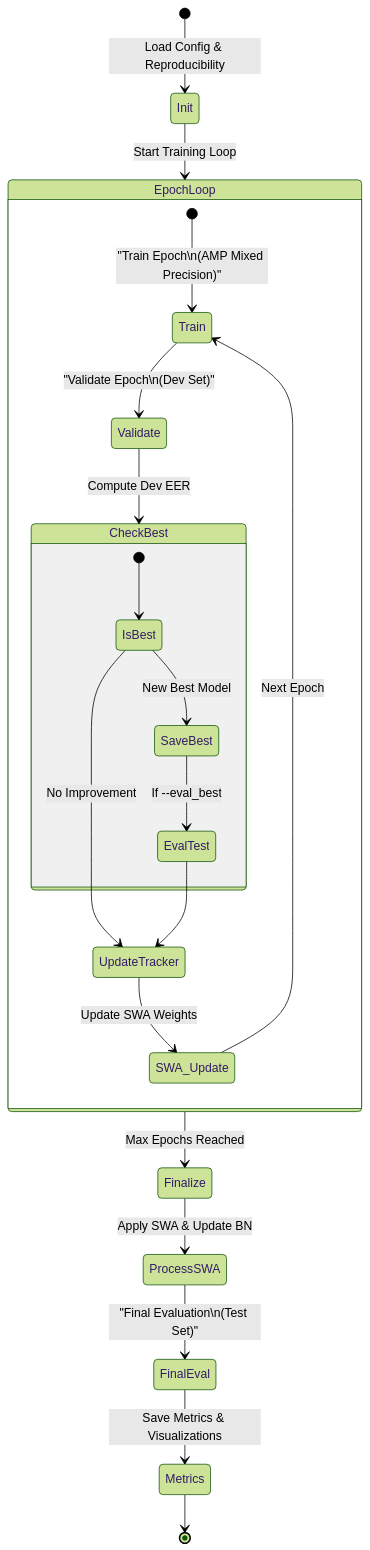
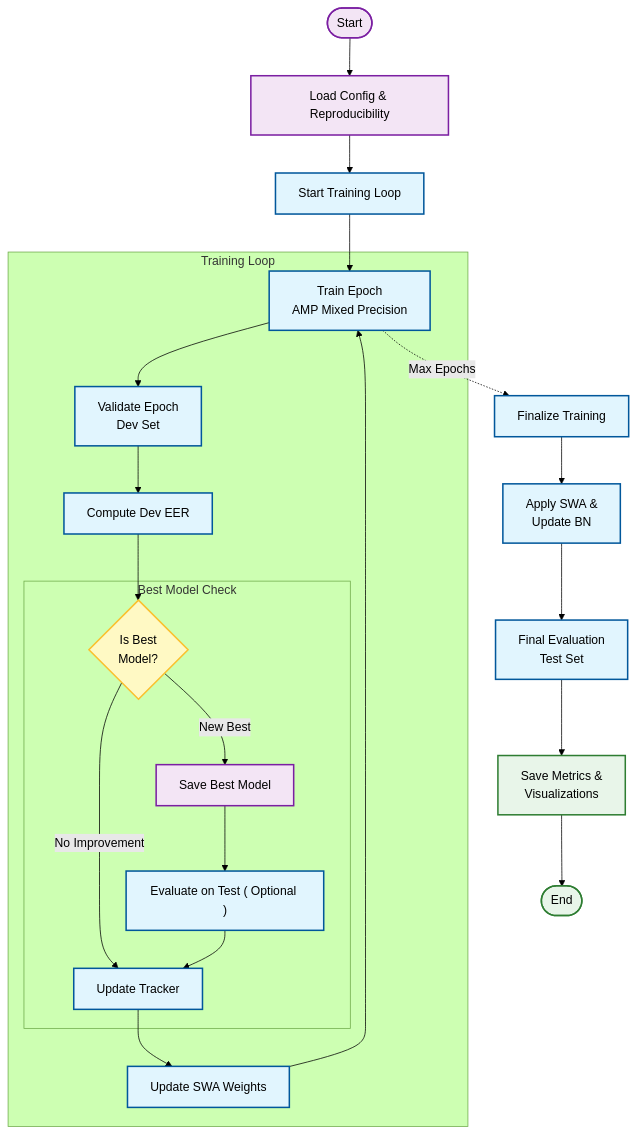
Before and after one commit to gkibria121/ai-voice-detector: the second of 4 diagrams in docs/methodology.md, drawn with Mermaid (forest theme). The commit also changed other lines of this file and 2 other files, not shown here.

Commit message:
refactor: Update feature type documentation and improve clarity in main.py and methodology.md

````diff
--- a/docs/methodology.md
+++ b/docs/methodology.md
@@ -51,29 +54,44 @@
 ```mermaid
-stateDiagram-v2
+flowchart TD
     %% Training Loop Diagram derived from main.py
-    [*] --> Init: Load Config & Reproducibility
-    Init --> EpochLoop: Start Training Loop
+    classDef process fill:#e1f5fe,stroke:#01579b,stroke-width:2px
+    classDef decision fill:#fff9c4,stroke:#fbc02d,stroke-width:2px
+    classDef storage fill:#f3e5f5,stroke:#7b1fa2,stroke-width:2px
+    classDef final fill:#e8f5e9,stroke:#2e7d32,stroke-width:2px
     
-    state EpochLoop {
-        [*] --> Train: "Train Epoch\n(AMP Mixed Precision)"
-        Train --> Validate: "Validate Epoch\n(Dev Set)"
-        Validate --> CheckBest: Compute Dev EER
+    Start([Start]):::storage --> Init[Load Config & Reproducibility]:::storage
+    Init --> EpochStart[Start Training Loop]:::process
+    
+    subgraph EpochLoop["Training Loop"]
+        Train[Train Epoch<br/>AMP Mixed Precision]:::process
+        Validate[Validate Epoch<br/>Dev Set]:::process
+        CheckEER[Compute Dev EER]:::process
         
-        state CheckBest {
-            [*] --> IsBest
-            IsBest --> SaveBest: New Best Model
-            IsBest --> UpdateTracker: No Improvement
-            SaveBest --> EvalTest: If --eval_best
-            EvalTest --> UpdateTracker
-        }
+        subgraph CheckBest["Best Model Check"]
+            IsBest{Is Best<br/>Model?}:::decision
+            SaveBest[Save Best Model]:::storage
+            EvalTest["Evaluate on Test ( Optional )"]:::process
+            UpdateTracker[Update Tracker]:::process
+        end
         
-        UpdateTracker --> SWA_Update: Update SWA Weights
-        SWA_Update --> Train: Next Epoch
-    }
+        SWA[Update SWA Weights]:::process
+        
+        Train --> Validate
+        Validate --> CheckEER
+        CheckEER --> IsBest
+        IsBest -->|New Best| SaveBest
+        IsBest -->|No Improvement| UpdateTracker
+        SaveBest --> EvalTest
+        EvalTest --> UpdateTracker
+        UpdateTracker --> SWA
+        SWA --> Train
+    end
     
-    EpochLoop --> Finalize: Max Epochs Reached
-    Finalize --> ProcessSWA: Apply SWA & Update BN
-    ProcessSWA --> FinalEval: "Final Evaluation\n(Test Set)"
-    FinalEval --> Metrics: Save Metrics & Visualizations
-    Metrics --> [*]
+    EpochStart --> Train
+    Train -.->|Max Epochs| Finalize[Finalize Training]:::process
+    
+    Finalize --> ProcessSWA[Apply SWA &<br/>Update BN]:::process
+    ProcessSWA --> FinalEval[Final Evaluation<br/>Test Set]:::process
+    FinalEval --> Metrics[Save Metrics &<br/>Visualizations]:::final
+    Metrics --> End([End]):::final
 ```
````
